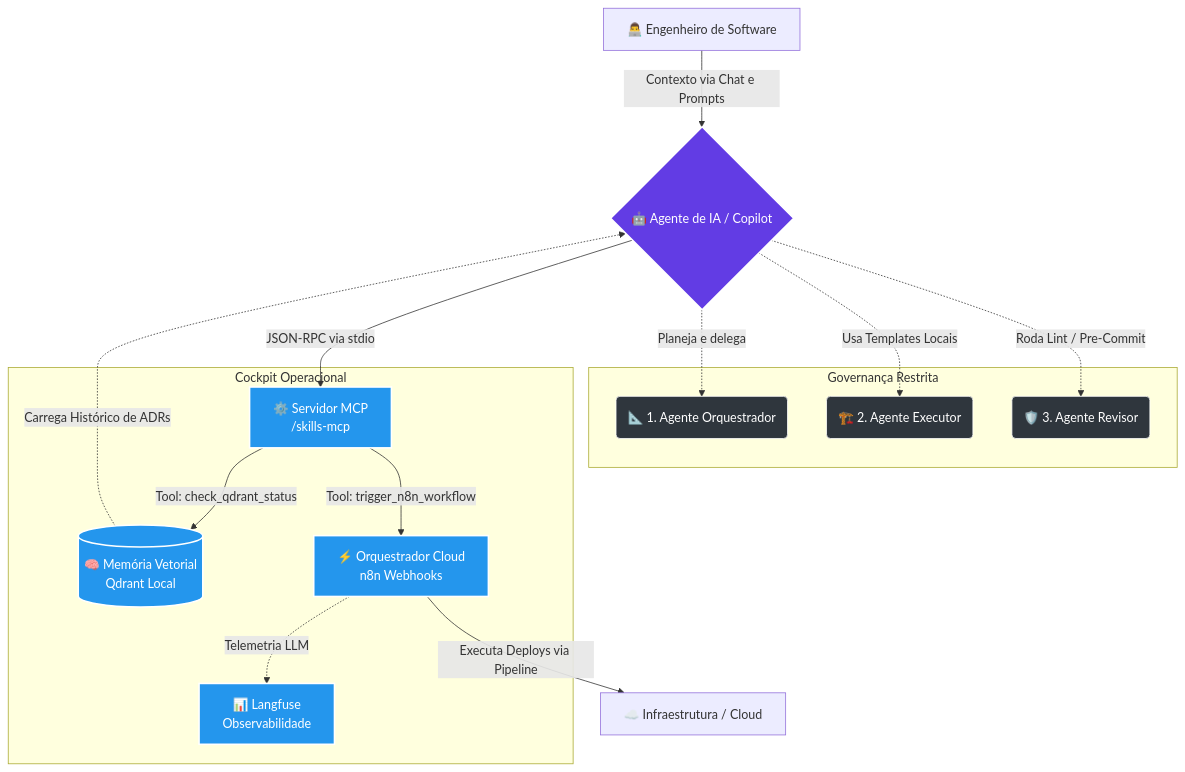
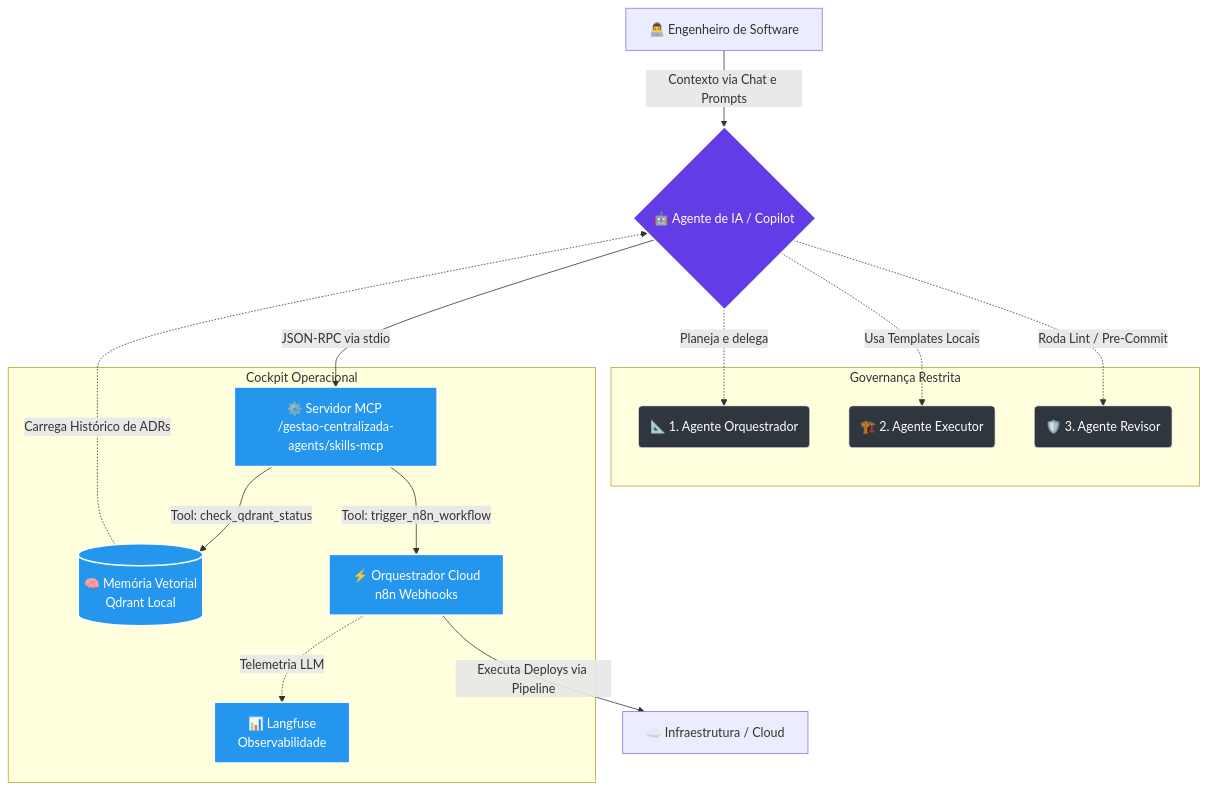
Before and after one commit to diegosantos-ai/dev-workspace: the diagram in README.md, drawn with Mermaid. The commit also changed other lines of this file and 19 other files, not shown here.

````diff
--- a/README.md
+++ b/README.md
@@ -84,40 +84,40 @@
 ```mermaid
 graph TD
     %% Entidades Principais
     User[👨‍💻 Engenheiro de Software] -->|Contexto via Chat e Prompts| AI{🤖 Agente de IA / Copilot}
 
     %% Matriz de Personas (Regras)
     subgraph Governança Restrita
         P1(📐 1. Agente Orquestrador)
         P2(🏗️ 2. Agente Executor)
         P3(🛡️ 3. Agente Revisor)
     end
 
     %% Cargas Cognitivas
     AI -.->|Planeja e delega| P1
     AI -.->|Usa Templates Locais| P2
     AI -.->|Roda Lint / Pre-Commit| P3
 
     %% Servidor e Comunicação
-    AI -->|JSON-RPC via stdio| MCP[⚙️ Servidor MCP \n/skills-mcp]
+    AI -->|JSON-RPC via stdio| MCP[⚙️ Servidor MCP \n/gestao-centralizada-agents/skills-mcp]
 
     %% Cockpit Local e Nuvem
     subgraph Cockpit Operacional
         MCP -->|Tool: check_qdrant_status| Q[(🧠 Memória Vetorial \nQdrant Local)]
         MCP -->|Tool: trigger_n8n_workflow| N8N[⚡ Orquestrador Cloud \nn8n Webhooks]
         N8N -.->|"Telemetria LLM"| LF[📊 Langfuse \nObservabilidade]
     end
 
     %% Output
     Q -.->|Carrega Histórico de ADRs| AI
     N8N -->|Executa Deploys via Pipeline| Infra[☁️ Infraestrutura / Cloud]
 
     %% Estilos
     classDef ai fill:#623CE4,stroke:#fff,stroke-width:2px,color:#fff;
     classDef mcp fill:#2496ED,stroke:#fff,stroke-width:2px,color:#fff;
     classDef governanca fill:#2F363D,stroke:#fff,color:#fff;
 
     class AI ai;
     class MCP,Q,N8N,LF mcp;
     class P1,P2,P3 governanca;
 ```
````
